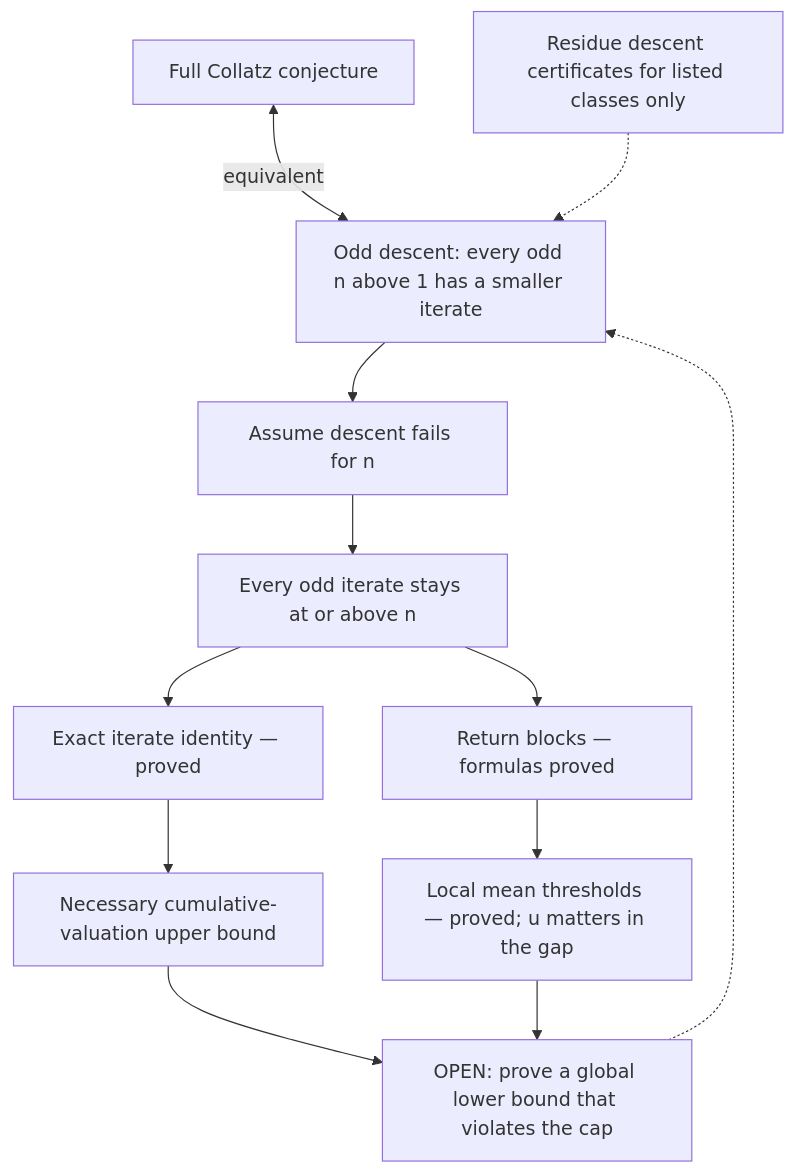
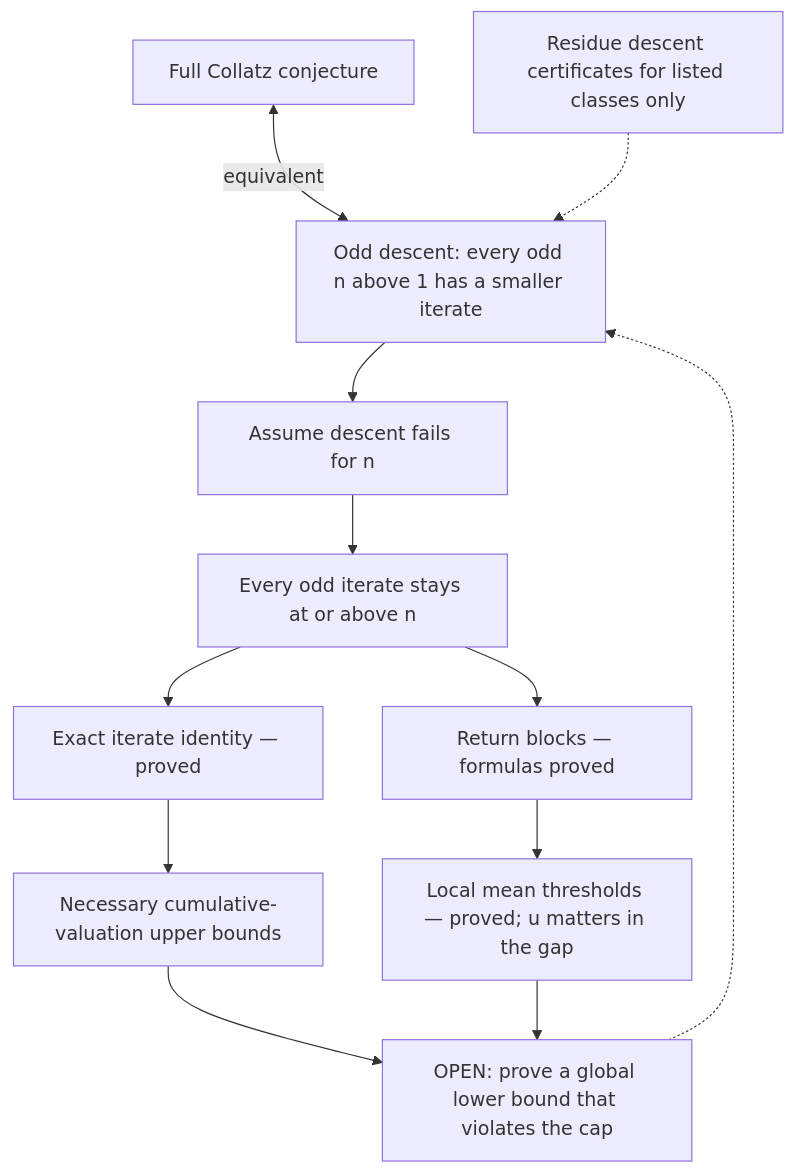
The diagram in ROADMAP.md (bassnicole1026-pixel/uctproject), drawn with Mermaid before and after one commit. The commit also changed other lines of this file and 1 other file, not shown here.

````diff
--- a/ROADMAP.md
+++ b/ROADMAP.md
@@ -362,14 +394,14 @@
 ```mermaid
 flowchart TD
     C["Full Collatz conjecture"] <-->|equivalent| D["Odd descent: every odd n above 1 has a smaller iterate"]
     D --> H["Assume descent fails for n"]
     H --> N["Every odd iterate stays at or above n"]
     N --> I["Exact iterate identity — proved"]
-    I --> U["Necessary cumulative-valuation upper bound"]
+    I --> U["Necessary cumulative-valuation upper bounds"]
     N --> B["Return blocks — formulas proved"]
     B --> L["Local mean thresholds — proved; u matters in the gap"]
     U --> G["OPEN: prove a global lower bound that violates the cap"]
     L --> G
     G -.-> D
     R["Residue descent certificates for listed classes only"] -.-> D
 ```
````
